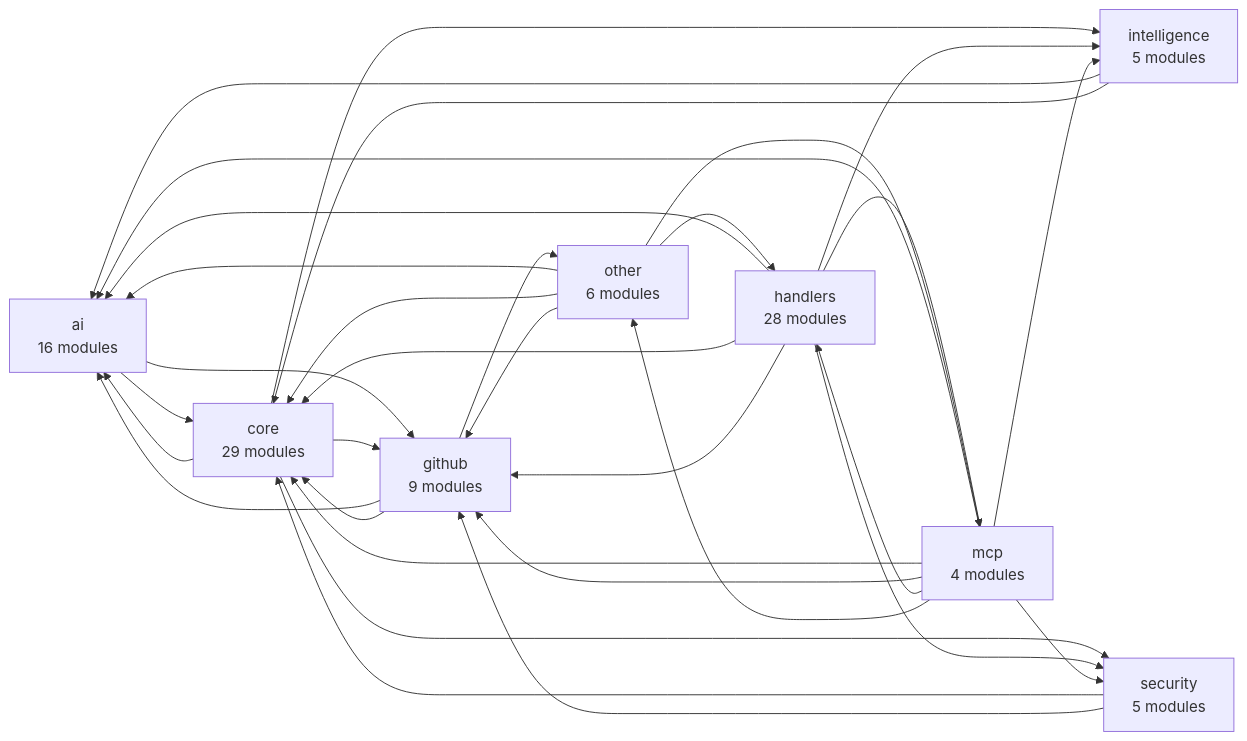
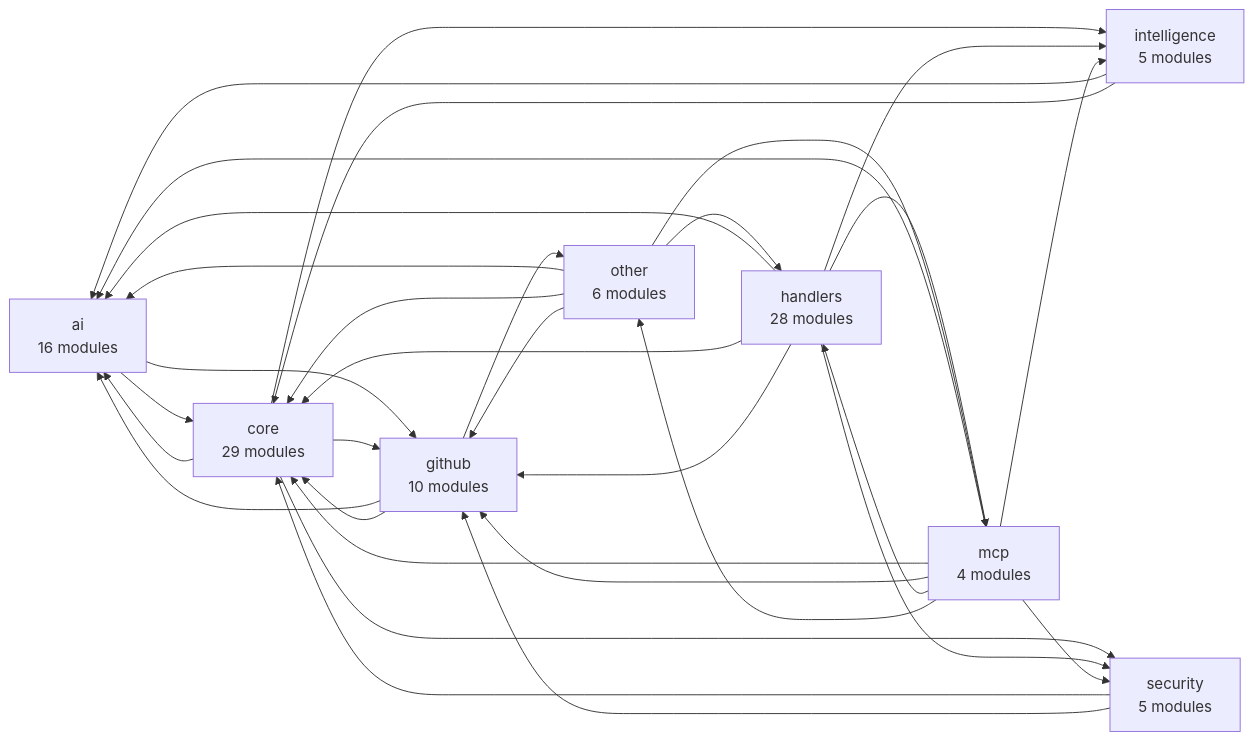
Before and after one commit to Shweta-Mishra-ai/github-autopilot: the second of 2 diagrams in README.md, drawn with Mermaid. The commit also changed other lines of this file and 7 other files, not shown here.

First line of the commit message:
Architecture docs: rewrite from the code as deployed

````diff
--- a/README.md
+++ b/README.md
@@ -408,42 +408,42 @@
 ```mermaid
 graph LR
     ai["ai<br/>16 modules"]
     core["core<br/>29 modules"]
-    github["github<br/>9 modules"]
+    github["github<br/>10 modules"]
     handlers["handlers<br/>28 modules"]
     intelligence["intelligence<br/>5 modules"]
     mcp["mcp<br/>4 modules"]
     other["other<br/>6 modules"]
     security["security<br/>5 modules"]
     ai --> core
     ai --> github
     core --> ai
     core --> github
     core --> intelligence
     core --> security
     github --> ai
     github --> core
     github --> other
     handlers --> ai
     handlers --> core
     handlers --> github
     handlers --> intelligence
     handlers --> mcp
     handlers --> security
     intelligence --> ai
     intelligence --> core
     mcp --> ai
     mcp --> core
     mcp --> github
     mcp --> handlers
     mcp --> intelligence
     mcp --> other
     mcp --> security
     other --> ai
     other --> core
     other --> github
     other --> handlers
     other --> mcp
     security --> core
     security --> github
 ```
````
